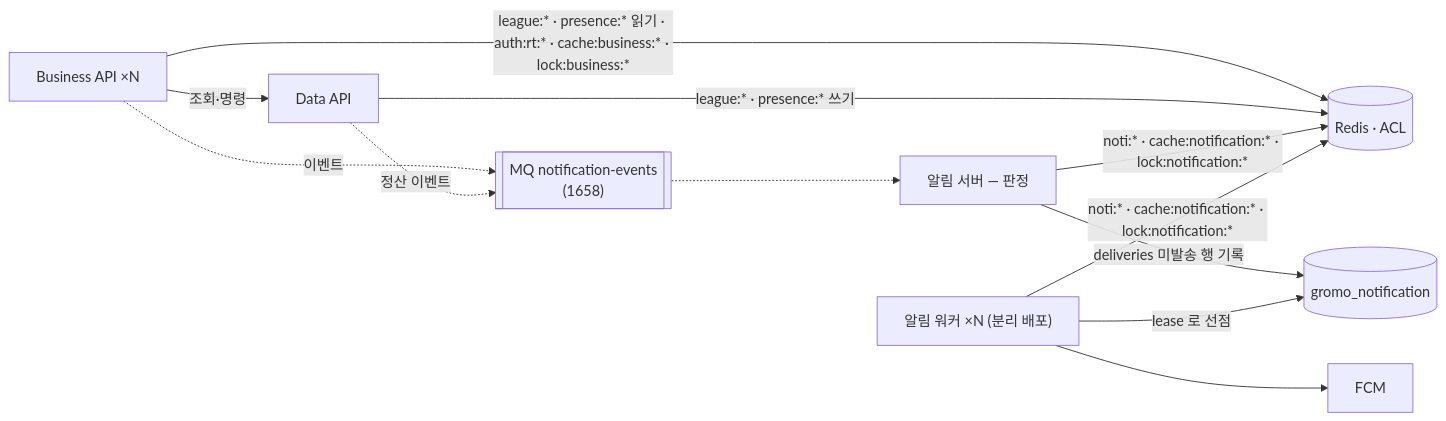
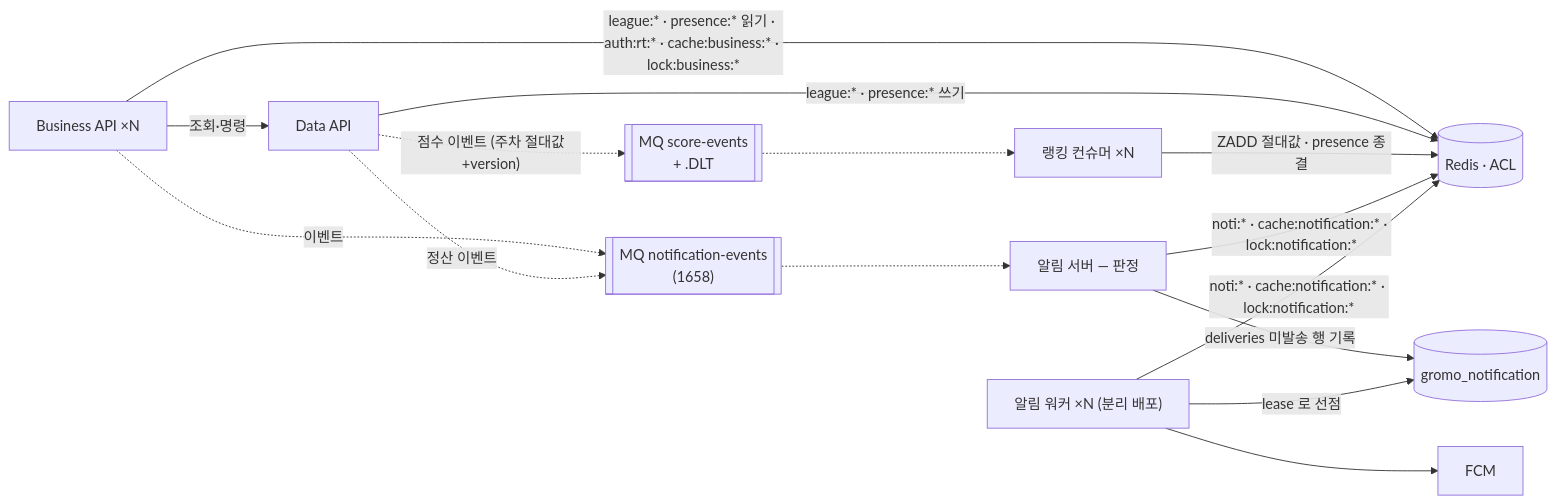
Before and after one commit to OneOrThree/phone: the second of 2 diagrams in docs/architecture/service-architecture.md, drawn with Mermaid. The commit also changed 1 other file, not shown here.

Commit message:
[CHORE] GROMO-1727 새 토픽의 기존 절차 반영 자체 감사 — Target-2 그림·A12 토픽 목록에 score-events
40라운드 답변에서 「새 토픽·새 소비자를 도입하면 기존 운영 절차에 그 이름이
들어가야 하는 자리를 함께 확인하겠다」고 적었으니, notification-events 만
언급된 자리를 전수로 훑었다.

Target-1 기준 서술(§1 mermaid · §4 통신 계약 · A12 본문)은 그 시점에 Redis 도
랭킹도 없으므로 score-events 가 없는 게 정상이다. 실제 갭은 둘이었다:

- §8 Target-2 mermaid 에 랭킹 경로가 통째로 없었다. 같은 절의 본문과
  04-ranking SVG 는 score-events·랭킹 컨슈머를 확정했는데 그림만 알림 경로만
  그리고 있었다. DATA → score-events → 랭킹 컨슈머 → Redis 를 추가했다.
- A12 의 토픽 프로비저닝 목록에 score-events 가 없었다. A12 가 브로커 구성의
  정본이라 여기 없으면 토픽이 만들어지지 않는다. Target-2 에서 같은 규칙
  (파티션 3, 키 userId, .DLT 접미사)으로 추가되고 컷오버·drain·모니터링도
  두 토픽 모두에 적용된다고 명시했다.

Claude-Session: https://claude.ai/code/session_01VrPncYyWFtPjjL2U2WMwRz

````diff
--- a/docs/architecture/service-architecture.md
+++ b/docs/architecture/service-architecture.md
@@ -180,13 +180,16 @@
 ```mermaid
 flowchart LR
   BIZ["Business API ×N"] -->|"조회·명령"| DATA["Data API"]
   BIZ -->|"league:* · presence:* 읽기 · auth:rt:* · cache:business:* · lock:business:*"| REDIS[("Redis · ACL")]
   DATA -->|"league:* · presence:* 쓰기"| REDIS
   BIZ -.->|"이벤트"| MQ[["MQ notification-events<br/>(1658)"]]
   DATA -.->|"정산 이벤트"| MQ
+  DATA -.->|"점수 이벤트 (주차 절대값+version)"| MQS[["MQ score-events<br/>+ .DLT"]]
+  MQS -.-> RC["랭킹 컨슈머 ×N"]
+  RC -->|"ZADD 절대값 · presence 종결"| REDIS
   MQ -.-> NSJ["알림 서버 — 판정"]
   NSJ -->|"deliveries 미발송 행 기록"| NDB[("gromo_notification")]
   NSW["알림 워커 ×N (분리 배포)"] -->|"lease 로 선점"| NDB
   NSW --> FCM["FCM"]
   NSJ & NSW -->|"noti:* · cache:notification:* · lock:notification:*"| REDIS
 ```
````
